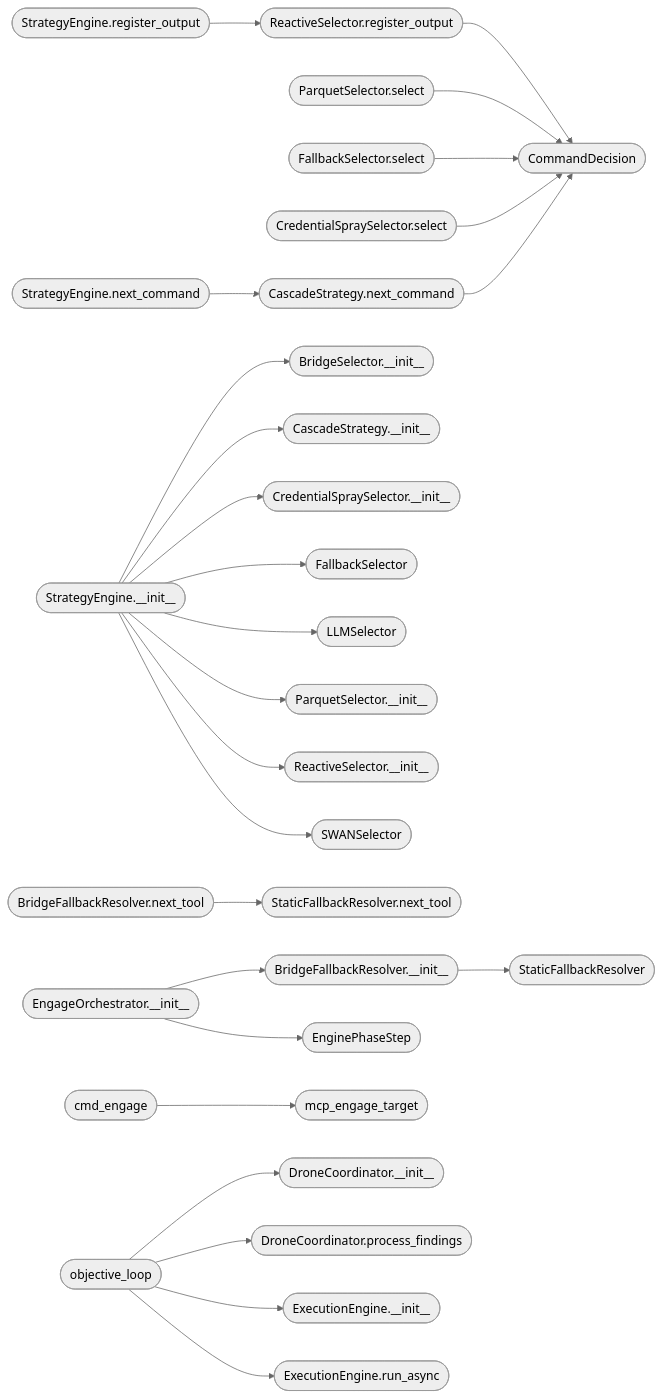
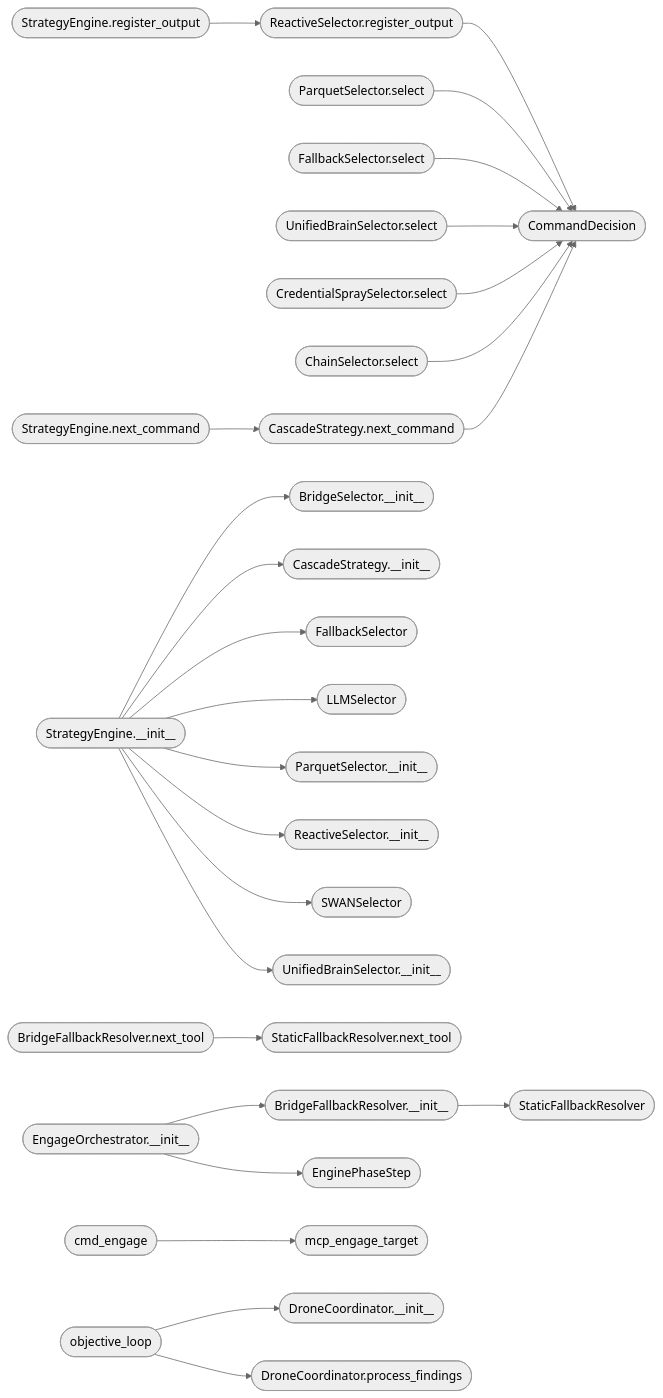
Before and after one commit to grisuno/LazyOwn: the second of 2 diagrams in readmenator-apidocs/modules/skills.autonomous_daemon.py.md, drawn with Mermaid (neutral theme). The commit also changed other lines of this file and 257 other files, not shown here.

Commit message:
lazy_loop from mcp y auto_loop from harness now are one path, improvements in chain ,atch chain runner new selection submodule to adversary chain cred spray playbooks etc. and some new test :P

````diff
--- a/readmenator-apidocs/modules/skills.autonomous_daemon.py.md
+++ b/readmenator-apidocs/modules/skills.autonomous_daemon.py.md
@@ -165,57 +169,57 @@
 ```mermaid
 flowchart LR
     n_skills_autonomous_daemon_py__ReactiveSelector_register_output(["ReactiveSelector.register_output"])
     n_skills_autonomous_daemon_py__CommandDecision(["CommandDecision"])
     n_skills_autonomous_daemon_py__ParquetSelector_select(["ParquetSelector.select"])
     n_skills_autonomous_daemon_py__FallbackSelector_select(["FallbackSelector.select"])
+    n_skills_autonomous_daemon_py__UnifiedBrainSelector_select(["UnifiedBrainSelector.select"])
     n_skills_autonomous_daemon_py__CredentialSpraySelector_select(["CredentialSpraySelector.select"])
+    n_skills_autonomous_daemon_py__ChainSelector_select(["ChainSelector.select"])
     n_skills_autonomous_daemon_py__CascadeStrategy_next_command(["CascadeStrategy.next_command"])
     n_skills_autonomous_daemon_py__StrategyEngine___init__(["StrategyEngine.__init__"])
     n_skills_autonomous_daemon_py__BridgeSelector___init__(["BridgeSelector.__init__"])
     n_skills_autonomous_daemon_py__CascadeStrategy___init__(["CascadeStrategy.__init__"])
-    n_skills_autonomous_daemon_py__CredentialSpraySelector___init__(["CredentialSpraySelector.__init__"])
     n_skills_autonomous_daemon_py__FallbackSelector(["FallbackSelector"])
     n_skills_autonomous_daemon_py__LLMSelector(["LLMSelector"])
     n_skills_autonomous_daemon_py__ParquetSelector___init__(["ParquetSelector.__init__"])
     n_skills_autonomous_daemon_py__ReactiveSelector___init__(["ReactiveSelector.__init__"])
     n_skills_autonomous_daemon_py__SWANSelector(["SWANSelector"])
+    n_skills_autonomous_daemon_py__UnifiedBrainSelector___init__(["UnifiedBrainSelector.__init__"])
     n_skills_autonomous_daemon_py__StrategyEngine_register_output(["StrategyEngine.register_output"])
     n_skills_autonomous_daemon_py__StrategyEngine_next_command(["StrategyEngine.next_command"])
     n_skills_autonomous_daemon_py__BridgeFallbackResolver___init__(["BridgeFallbackResolver.__init__"])
     n_skills_autonomous_daemon_py__StaticFallbackResolver(["StaticFallbackResolver"])
     n_skills_autonomous_daemon_py__BridgeFallbackResolver_next_tool(["BridgeFallbackResolver.next_tool"])
     n_skills_autonomous_daemon_py__StaticFallbackResolver_next_tool(["StaticFallbackResolver.next_tool"])
     n_skills_autonomous_daemon_py__EngageOrchestrator___init__(["EngageOrchestrator.__init__"])
     n_skills_autonomous_daemon_py__EnginePhaseStep(["EnginePhaseStep"])
     n_skills_autonomous_daemon_py__cmd_engage(["cmd_engage"])
     n_skills_autonomous_daemon_py__mcp_engage_target(["mcp_engage_target"])
     n_skills_autonomous_daemon_py__objective_loop(["objective_loop"])
     n_skills_autonomous_daemon_py__DroneCoordinator___init__(["DroneCoordinator.__init__"])
     n_skills_autonomous_daemon_py__DroneCoordinator_process_findings(["DroneCoordinator.process_findings"])
-    n_skills_autonomous_daemon_py__ExecutionEngine___init__(["ExecutionEngine.__init__"])
-    n_skills_autonomous_daemon_py__ExecutionEngine_run_async(["ExecutionEngine.run_async"])
     n_skills_autonomous_daemon_py__ReactiveSelector_register_output --> n_skills_autonomous_daemon_py__CommandDecision
     n_skills_autonomous_daemon_py__ParquetSelector_select --> n_skills_autonomous_daemon_py__CommandDecision
     n_skills_autonomous_daemon_py__FallbackSelector_select --> n_skills_autonomous_daemon_py__CommandDecision
+    n_skills_autonomous_daemon_py__UnifiedBrainSelector_select --> n_skills_autonomous_daemon_py__CommandDecision
     n_skills_autonomous_daemon_py__CredentialSpraySelector_select --> n_skills_autonomous_daemon_py__CommandDecision
+    n_skills_autonomous_daemon_py__ChainSelector_select --> n_skills_autonomous_daemon_py__CommandDecision
     n_skills_autonomous_daemon_py__CascadeStrategy_next_command --> n_skills_autonomous_daemon_py__CommandDecision
     n_skills_autonomous_daemon_py__StrategyEngine___init__ --> n_skills_autonomous_daemon_py__BridgeSelector___init__
     n_skills_autonomous_daemon_py__StrategyEngine___init__ --> n_skills_autonomous_daemon_py__CascadeStrategy___init__
-    n_skills_autonomous_daemon_py__StrategyEngine___init__ --> n_skills_autonomous_daemon_py__CredentialSpraySelector___init__
     n_skills_autonomous_daemon_py__StrategyEngine___init__ --> n_skills_autonomous_daemon_py__FallbackSelector
     n_skills_autonomous_daemon_py__StrategyEngine___init__ --> n_skills_autonomous_daemon_py__LLMSelector
     n_skills_autonomous_daemon_py__StrategyEngine___init__ --> n_skills_autonomous_daemon_py__ParquetSelector___init__
     n_skills_autonomous_daemon_py__StrategyEngine___init__ --> n_skills_autonomous_daemon_py__ReactiveSelector___init__
     n_skills_autonomous_daemon_py__StrategyEngine___init__ --> n_skills_autonomous_daemon_py__SWANSelector
+    n_skills_autonomous_daemon_py__StrategyEngine___init__ --> n_skills_autonomous_daemon_py__UnifiedBrainSelector___init__
     n_skills_autonomous_daemon_py__StrategyEngine_register_output --> n_skills_autonomous_daemon_py__ReactiveSelector_register_output
     n_skills_autonomous_daemon_py__StrategyEngine_next_command --> n_skills_autonomous_daemon_py__CascadeStrategy_next_command
     n_skills_autonomous_daemon_py__BridgeFallbackResolver___init__ --> n_skills_autonomous_daemon_py__StaticFallbackResolver
     n_skills_autonomous_daemon_py__BridgeFallbackResolver_next_tool --> n_skills_autonomous_daemon_py__StaticFallbackResolver_next_tool
     n_skills_autonomous_daemon_py__EngageOrchestrator___init__ --> n_skills_autonomous_daemon_py__BridgeFallbackResolver___init__
     n_skills_autonomous_daemon_py__EngageOrchestrator___init__ --> n_skills_autonomous_daemon_py__EnginePhaseStep
     n_skills_autonomous_daemon_py__cmd_engage --> n_skills_autonomous_daemon_py__mcp_engage_target
     n_skills_autonomous_daemon_py__objective_loop --> n_skills_autonomous_daemon_py__DroneCoordinator___init__
     n_skills_autonomous_daemon_py__objective_loop --> n_skills_autonomous_daemon_py__DroneCoordinator_process_findings
-    n_skills_autonomous_daemon_py__objective_loop --> n_skills_autonomous_daemon_py__ExecutionEngine___init__
-    n_skills_autonomous_daemon_py__objective_loop --> n_skills_autonomous_daemon_py__ExecutionEngine_run_async
 ```
````
